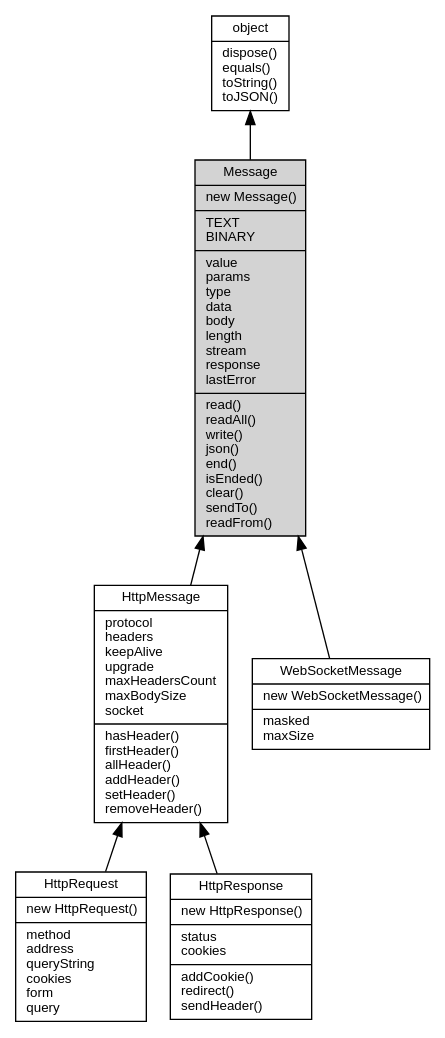
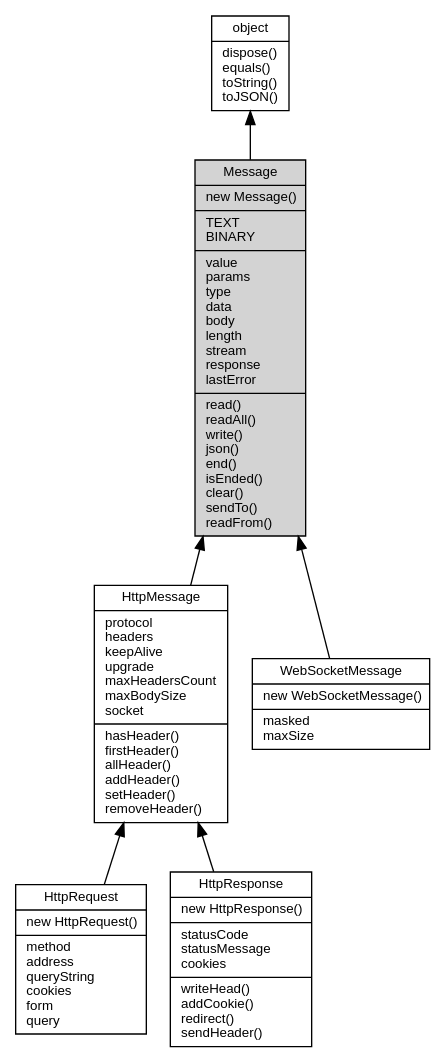
Before and after one commit to fibjs/fibjs.org: the diagram in docs/manual/object/ifs/Message.md, drawn with Graphviz. The commit also changed 29 other files, not shown here.

````diff
--- a/docs/manual/object/ifs/Message.md
+++ b/docs/manual/object/ifs/Message.md
@@ -12,18 +12,18 @@
 ```dot
 digraph {
     node [fontname="Helvetica,sans-Serif", fontsize=10, shape="record", style="filled", fillcolor="white"];
 
     object [tooltip="object", URL="object.md", label="{object|dispose()\lequals()\ltoString()\ltoJSON()\l}"];
     Message [tooltip="Message", fillcolor="lightgray", label="{Message|new Message()\l|TEXT\lBINARY\l|value\lparams\ltype\ldata\lbody\llength\lstream\lresponse\llastError\l|read()\lreadAll()\lwrite()\ljson()\lend()\lisEnded()\lclear()\lsendTo()\lreadFrom()\l}"];
     HttpMessage [tooltip="HttpMessage", URL="HttpMessage.md", label="{HttpMessage|protocol\lheaders\lkeepAlive\lupgrade\lmaxHeadersCount\lmaxBodySize\lsocket\l|hasHeader()\lfirstHeader()\lallHeader()\laddHeader()\lsetHeader()\lremoveHeader()\l}"];
     HttpRequest [tooltip="HttpRequest", URL="HttpRequest.md", label="{HttpRequest|new HttpRequest()\l|method\laddress\lqueryString\lcookies\lform\lquery\l}"];
-    HttpResponse [tooltip="HttpResponse", URL="HttpResponse.md", label="{HttpResponse|new HttpResponse()\l|status\lcookies\l|addCookie()\lredirect()\lsendHeader()\l}"];
+    HttpResponse [tooltip="HttpResponse", URL="HttpResponse.md", label="{HttpResponse|new HttpResponse()\l|statusCode\lstatusMessage\lcookies\l|writeHead()\laddCookie()\lredirect()\lsendHeader()\l}"];
     WebSocketMessage [tooltip="WebSocketMessage", URL="WebSocketMessage.md", label="{WebSocketMessage|new WebSocketMessage()\l|masked\lmaxSize\l}"];
 
     object -> Message [dir=back];
     Message -> HttpMessage [dir=back];
     HttpMessage -> HttpRequest [dir=back];
     HttpMessage -> HttpResponse [dir=back];
     Message -> WebSocketMessage [dir=back];
 }
 ```
````
